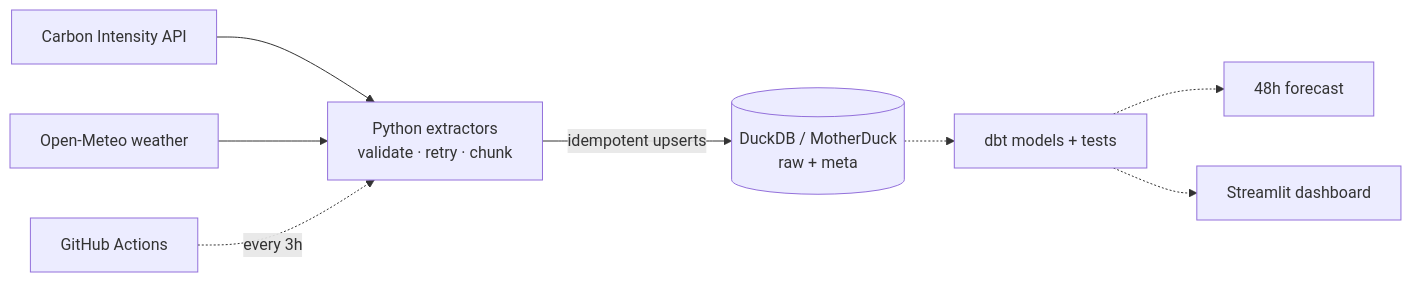
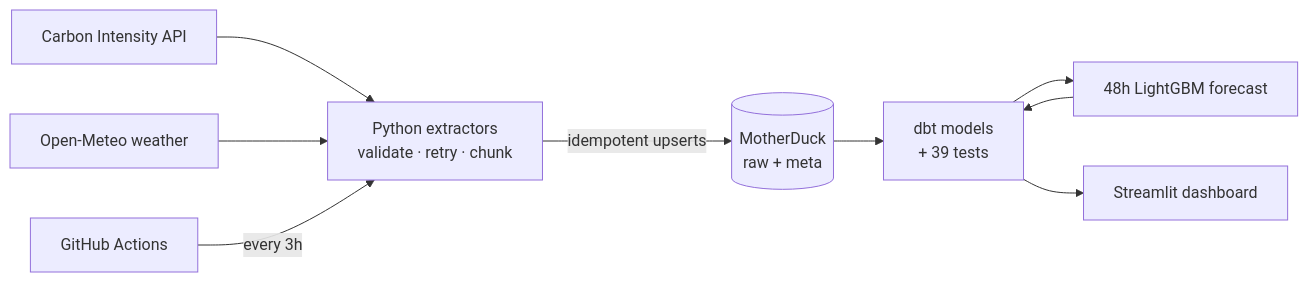
The diagram in README.md (p3rpetualpanda/gb-grid-carbon), drawn with Mermaid before and after one commit. The commit also changed other lines of this file and 7 other files, not shown here.

First line of the commit message:
Phases 9-11: Streamlit dashboard, README findings + forecast, showcase notes

````diff
--- a/README.md
+++ b/README.md
@@ -16,10 +15,11 @@
 ```mermaid
 flowchart LR
   A[Carbon Intensity API] --> E[Python extractors<br/>validate · retry · chunk]
   B[Open-Meteo weather] --> E
-  E -->|idempotent upserts| R[(DuckDB / MotherDuck<br/>raw + meta)]
-  R -.-> D[dbt models + tests]
-  D -.-> F[48h forecast]
-  D -.-> S[Streamlit dashboard]
-  G[GitHub Actions] -.->|every 3h| E
+  E -->|idempotent upserts| R[(MotherDuck<br/>raw + meta)]
+  R --> D[dbt models<br/>+ 39 tests]
+  D --> F[48h LightGBM forecast]
+  F --> D
+  D --> S[Streamlit dashboard]
+  G[GitHub Actions] -->|every 3h| E
 ```
````
